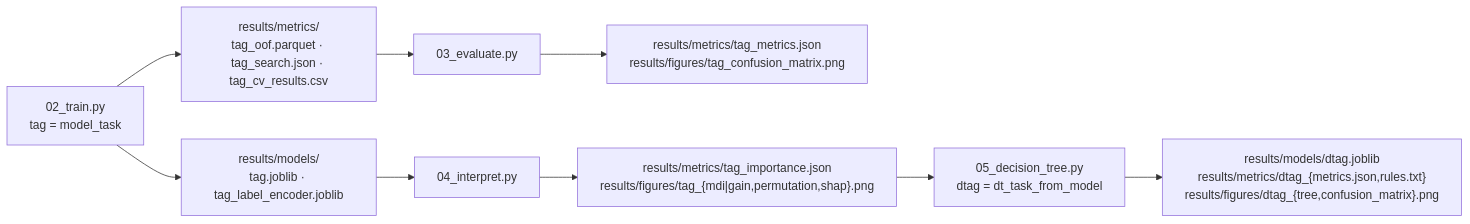
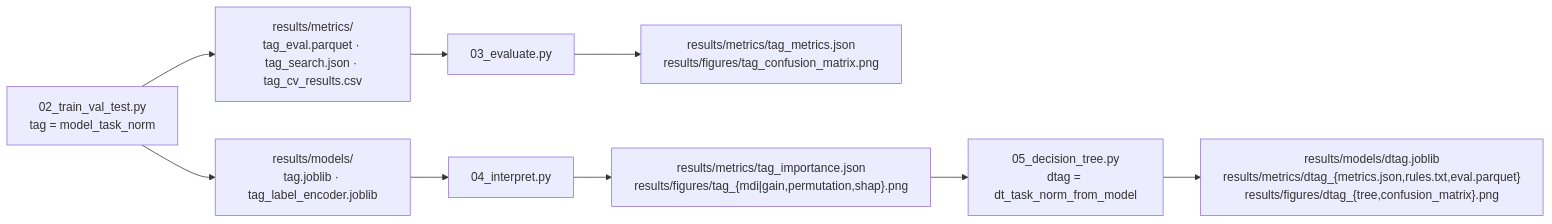
The third of 3 diagrams in README.md (Thiago-TP/flow-assurance-ml), drawn with Mermaid before and after one commit. The commit also changed other lines of this file, not shown here.

````diff
--- a/README.md
+++ b/README.md
@@ -130,8 +177,8 @@
 ```mermaid
 flowchart LR
-  T["02_train.py<br/>tag = model_task"] --> M["results/models/<br/>tag.joblib · tag_label_encoder.joblib"]
-  T --> O["results/metrics/<br/>tag_oof.parquet · tag_search.json · tag_cv_results.csv"]
+  T["02_train_val_test.py<br/>tag = model_task_norm"] --> M["results/models/<br/>tag.joblib · tag_label_encoder.joblib"]
+  T --> O["results/metrics/<br/>tag_eval.parquet · tag_search.json · tag_cv_results.csv"]
   O --> EV["03_evaluate.py"] --> EM["results/metrics/tag_metrics.json<br/>results/figures/tag_confusion_matrix.png"]
   M --> IN["04_interpret.py"] --> IM["results/metrics/tag_importance.json<br/>results/figures/tag_{mdi|gain,permutation,shap}.png"]
-  IM --> DT["05_decision_tree.py<br/>dtag = dt_task_from_model"] --> DM["results/models/dtag.joblib<br/>results/metrics/dtag_{metrics.json,rules.txt}<br/>results/figures/dtag_{tree,confusion_matrix}.png"]
+  IM --> DT["05_decision_tree.py<br/>dtag = dt_task_norm_from_model"] --> DM["results/models/dtag.joblib<br/>results/metrics/dtag_{metrics.json,rules.txt,eval.parquet}<br/>results/figures/dtag_{tree,confusion_matrix}.png"]
 ```
````
